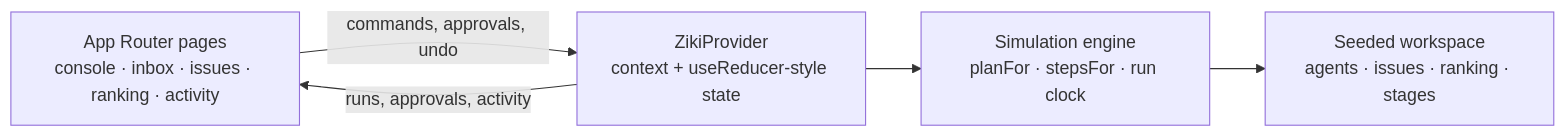
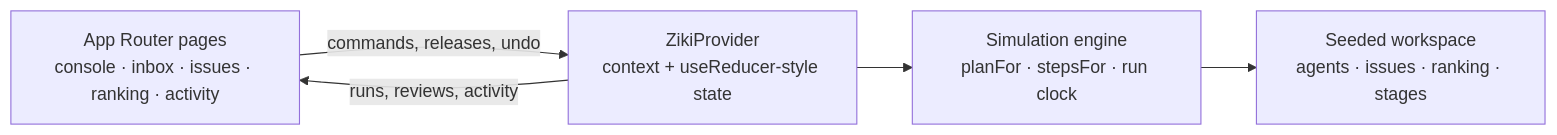
One commit to TrippleA001/ziki-for-humans changed the diagram in README.md. Above: the diagram before and after it, drawn with Mermaid. The commit also changed other lines of this file and 4 other files, not shown here.

````diff
--- a/README.md
+++ b/README.md
@@ -80,12 +101,12 @@
 ```mermaid
 flowchart LR
   UI["App Router pages<br/>console · inbox · issues · ranking · activity"]
   Ctx["ZikiProvider<br/>context + useReducer-style state"]
   Sim["Simulation engine<br/>planFor · stepsFor · run clock"]
   Data["Seeded workspace<br/>agents · issues · ranking · stages"]
 
-  UI -->|commands, approvals, undo| Ctx
-  Ctx -->|runs, approvals, activity| UI
+  UI -->|commands, releases, undo| Ctx
+  Ctx -->|runs, reviews, activity| UI
   Ctx --> Sim
   Sim --> Data
 ```
````
